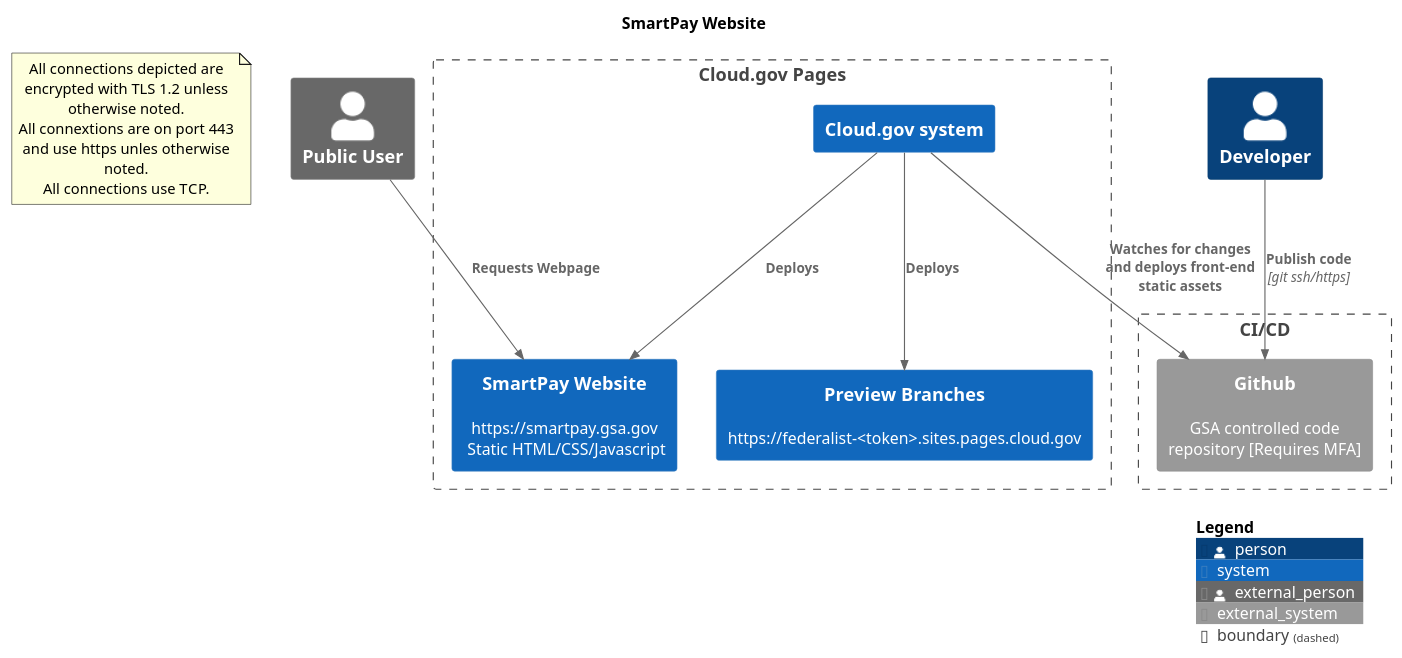
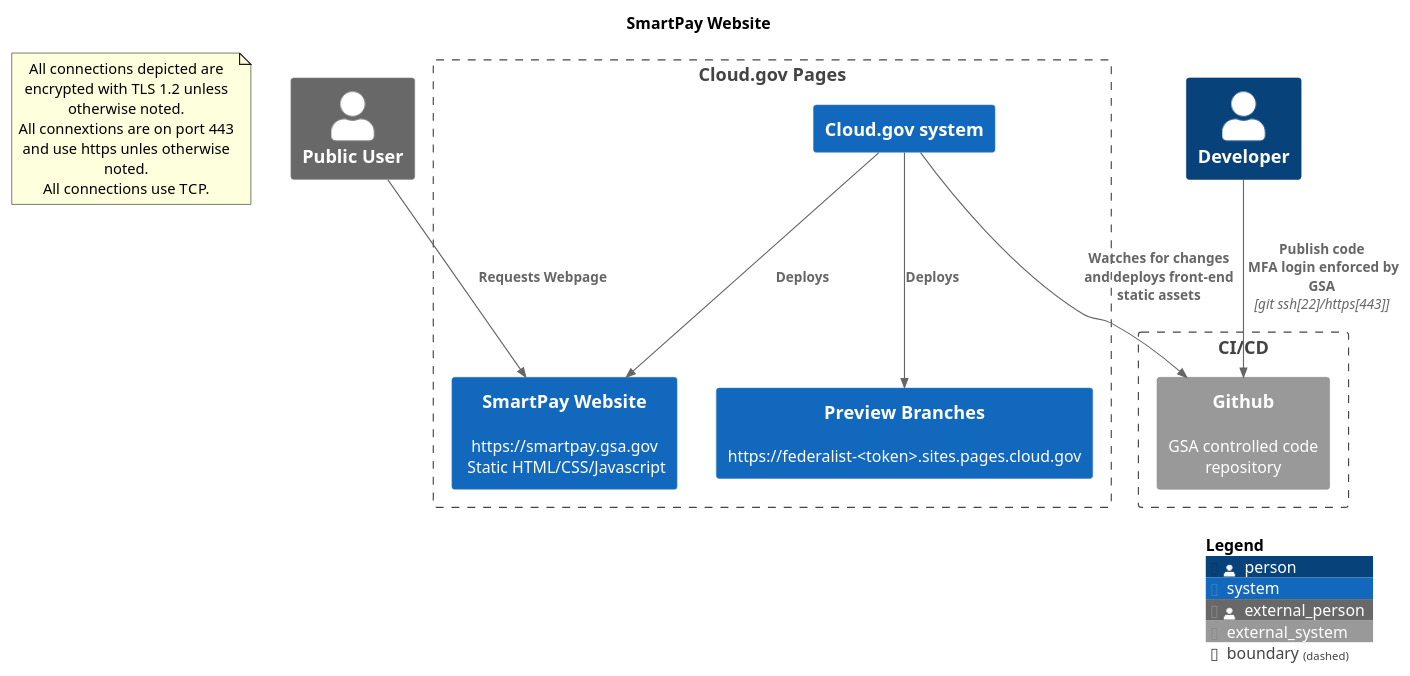
Before and after one commit to GSA/smartpay-training: the diagram in docs/diagrams/smartpay_website_context.puml, drawn with PlantUML. The commit also changed 11 other files, not shown here.

```diff
--- a/docs/diagrams/smartpay_website_context.puml
+++ b/docs/diagrams/smartpay_website_context.puml
@@ -1,39 +1,39 @@
 @startuml smartpay_website_context
 !include https://raw.githubusercontent.com/plantuml-stdlib/C4-PlantUML/master/C4_Context.puml
 !include https://raw.githubusercontent.com/plantuml-stdlib/C4-PlantUML/master/C4_Container.puml
 
 title SmartPay Website
 
 note as ConnectionNote
 All connections depicted are encrypted with TLS 1.2 unless otherwise noted. 
 All connextions are on port 443 and use https unles otherwise noted.
 All connections use TCP. 
 end note
 
 Boundary(cloud_gov_pages, "Cloud.gov Pages", "") {
 
   System(smartpay, "SmartPay Website", "https://smartpay.gsa.gov\n Static HTML/CSS/Javascript") 
   System(cloud_pages, "Cloud.gov system")
   System(previews, "Preview Branches", "https://federalist-<token>.sites.pages.cloud.gov") 
 
 }
 
 Boundary(cicd, "CI/CD") {
-  System_Ext(github, "Github", "GSA controlled code repository [Requires MFA]")
+  System_Ext(github, "Github", "GSA controlled code repository")
 }
 
 
 Person_Ext(Public, "Public User")
 Person(Developer, "Developer")
 
 
 Rel(cloud_pages, github, "Watches for changes and deploys front-end static assets")
 Rel(cloud_pages, smartpay, "Deploys")
 Rel(cloud_pages, previews, "Deploys")
 
-Rel(Developer, github, "Publish code", "git ssh/https")
+Rel(Developer, github, "Publish code \n MFA login enforced by GSA", "git ssh[22]/https[443]")
 Rel(Public, smartpay, "Requests Webpage")
 
 SHOW_LEGEND()
 
 @enduml
```
